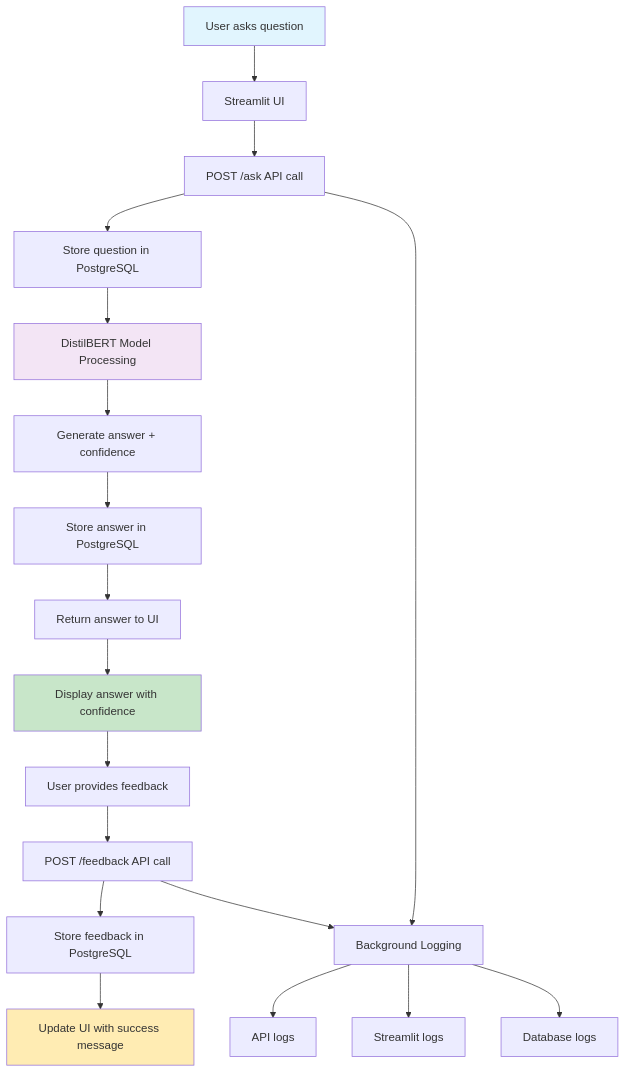
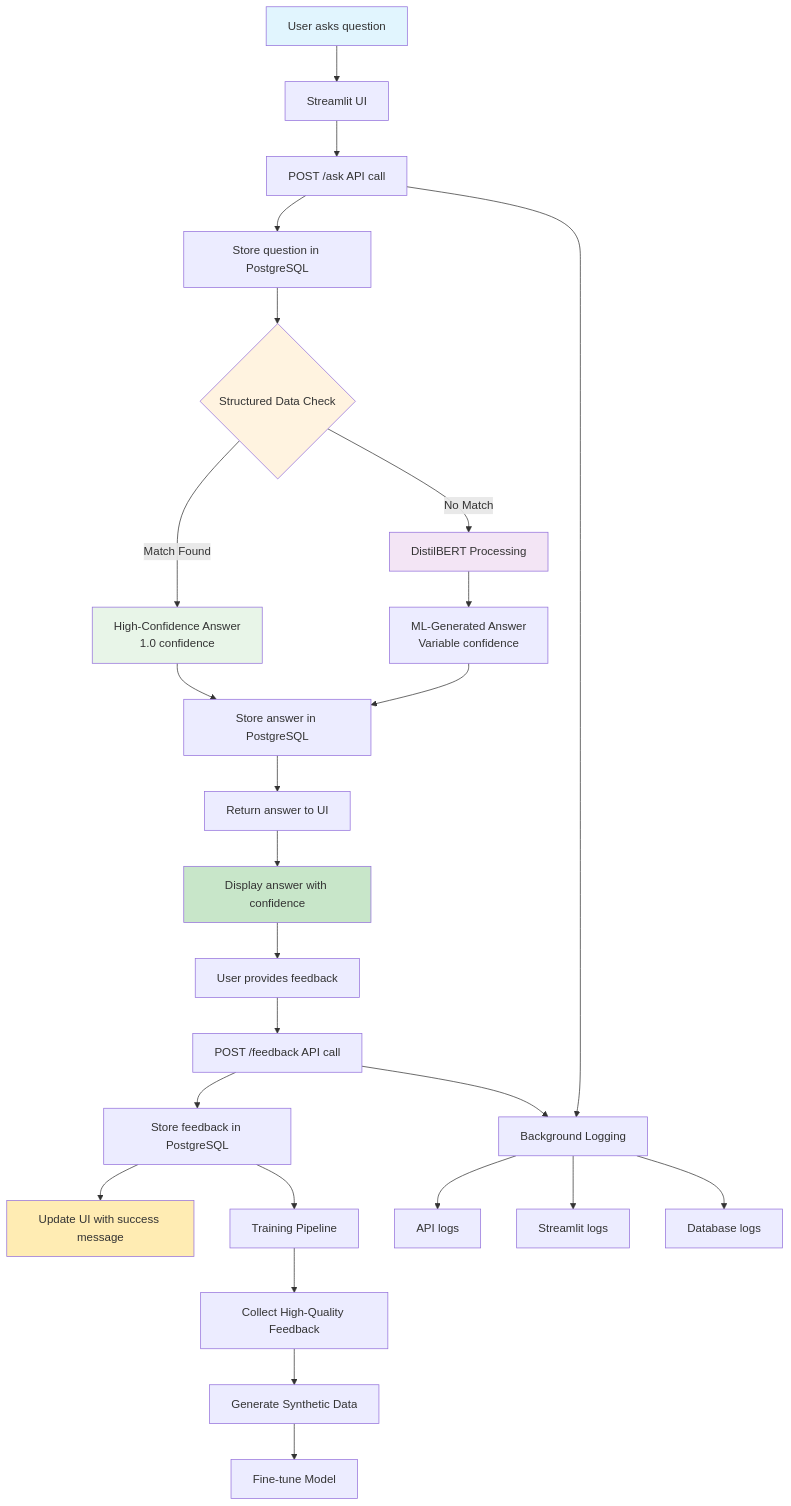
Before and after one commit to ftallerine/franks-candidate-concierge: the second of 2 diagrams in README.md, drawn with Mermaid. The commit also changed other lines of this file and 11 other files, not shown here.

Commit message:
feat: Major UI/UX improvements and deployment preparation - Clean professional header, enhanced QA system with predefined responses, deployment-ready configuration, and comprehensive data model updates

````diff
--- a/README.md
+++ b/README.md
@@ -50,27 +66,37 @@
 ```mermaid
 flowchart TD
     A[User asks question] --> B[Streamlit UI]
     B --> C[POST /ask API call]
     C --> D[Store question in PostgreSQL]
-    D --> E[DistilBERT Model Processing]
-    E --> F[Generate answer + confidence]
-    F --> G[Store answer in PostgreSQL]
-    G --> H[Return answer to UI]
-    H --> I[Display answer with confidence]
-    I --> J[User provides feedback]
-    J --> K[POST /feedback API call]
-    K --> L[Store feedback in PostgreSQL]
-    L --> M[Update UI with success message]
+    D --> E{Structured Data Check}
+    E -->|Match Found| F[High-Confidence Answer<br/>1.0 confidence]
+    E -->|No Match| G[DistilBERT Processing]
+    G --> H[ML-Generated Answer<br/>Variable confidence]
+    F --> I[Store answer in PostgreSQL]
+    H --> I
+    I --> J[Return answer to UI]
+    J --> K[Display answer with confidence]
+    K --> L[User provides feedback]
+    L --> M[POST /feedback API call]
+    M --> N[Store feedback in PostgreSQL]
+    N --> O[Update UI with success message]
     
-    N[Background Logging] --> O[API logs]
-    N --> P[Streamlit logs]
-    N --> Q[Database logs]
+    P[Background Logging] --> Q[API logs]
+    P --> R[Streamlit logs]
+    P --> S[Database logs]
     
-    C --> N
-    K --> N
+    T[Training Pipeline] --> U[Collect High-Quality Feedback]
+    U --> V[Generate Synthetic Data]
+    V --> W[Fine-tune Model]
+    
+    C --> P
+    M --> P
+    N --> T
     
     style A fill:#e1f5fe
-    style I fill:#c8e6c9
-    style M fill:#ffecb3
-    style E fill:#f3e5f5
+    style E fill:#fff3e0
+    style F fill:#e8f5e8
+    style G fill:#f3e5f5
+    style K fill:#c8e6c9
+    style O fill:#ffecb3
 ```
````
